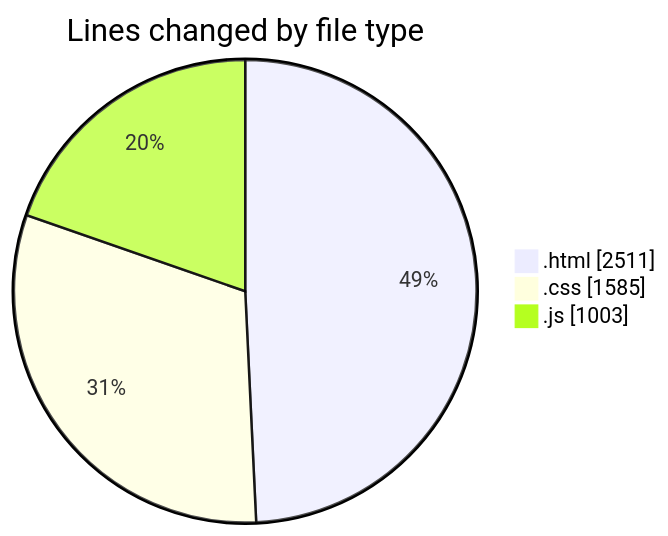
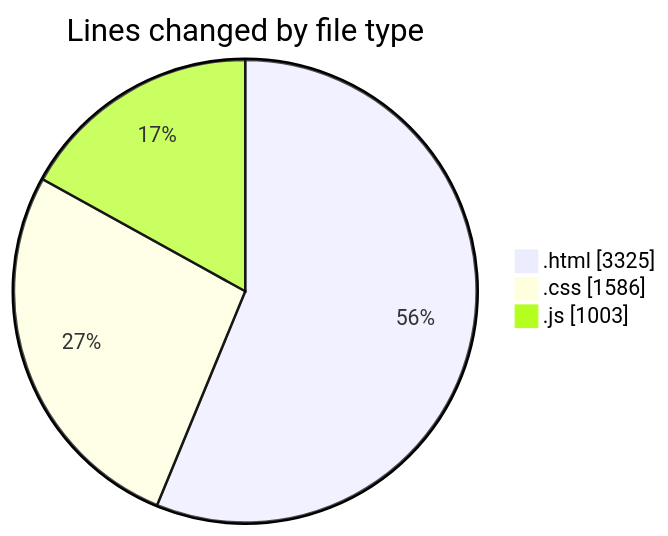
One commit to Ritupan-Deka/code-tracking changed the first of 2 diagrams in 2025-05-24/projects/README.md. Above: the diagram before and after it, drawn with Mermaid. The commit also changed other lines of this file and 1 other file, not shown here.

````diff
--- a/2025-05-24/projects/README.md
+++ b/2025-05-24/projects/README.md
@@ -23,7 +23,7 @@
 ```mermaid
 pie showData
 title Lines changed by file type
-".html" : 2511
-".css" : 1585
+".html" : 3325
+".css" : 1586
 ".js" : 1003
 ```
````
